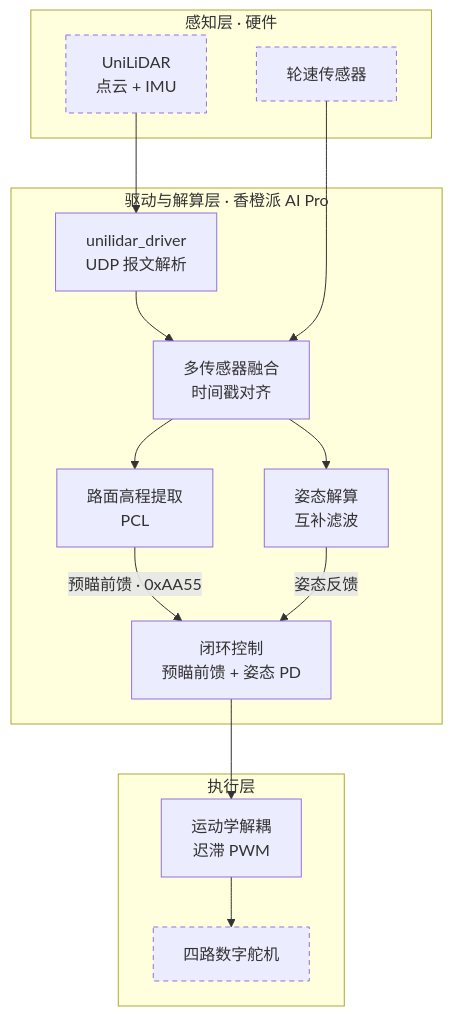
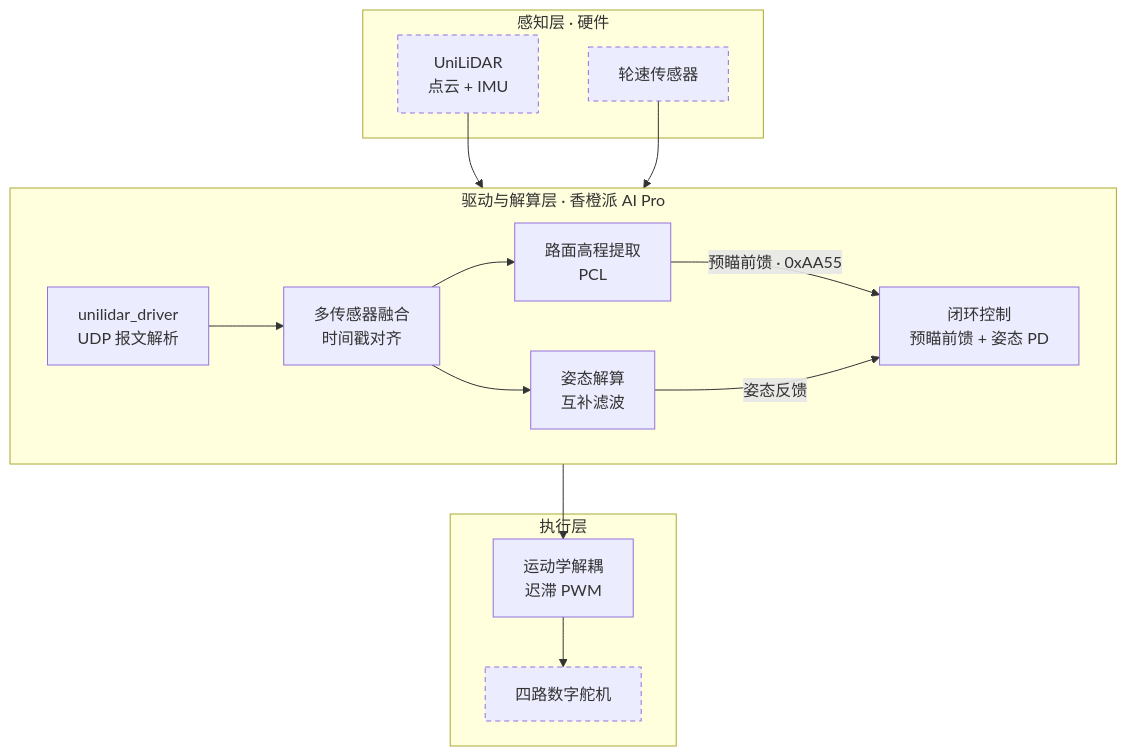
Before and after one commit to qi-neo/active-suspension-lidar-preview: the first of 4 diagrams in README.md, drawn with Mermaid. The commit also changed other lines of this file, not shown here.

First line of the commit message:
docs(README): 统一 mermaid 中文字体、快速开始上移、关键参数表精简

````diff
--- a/README.md
+++ b/README.md
@@ -73,28 +73,30 @@
 ```mermaid
+%%{init: {'themeVariables': {'fontFamily': '"PingFang SC","Microsoft YaHei","Heiti SC",sans-serif'}}}%%
 flowchart TB
     subgraph S1["感知层 · 硬件"]
         L["UniLiDAR<br/>点云 + IMU"]
         W["轮速传感器"]
     end
     subgraph S2["驱动与解算层 · 香橙派 AI Pro"]
+        direction LR
         DR["unilidar_driver<br/>UDP 报文解析"]
         F["多传感器融合<br/>时间戳对齐"]
         P["路面高程提取<br/>PCL"]
         A["姿态解算<br/>互补滤波"]
         C["闭环控制<br/>预瞄前馈 + 姿态 PD"]
     end
     subgraph S3["执行层"]
         K["运动学解耦<br/>迟滞 PWM"]
         D["四路数字舵机"]
     end
     L --> DR
     DR --> F
     W --> F
     F --> P
     F --> A
     P -->|预瞄前馈 · 0xAA55| C
     A -->|姿态反馈| C
     C --> K --> D
     classDef hw stroke-dasharray: 5 4
     class L,W,D hw
 ```
````
